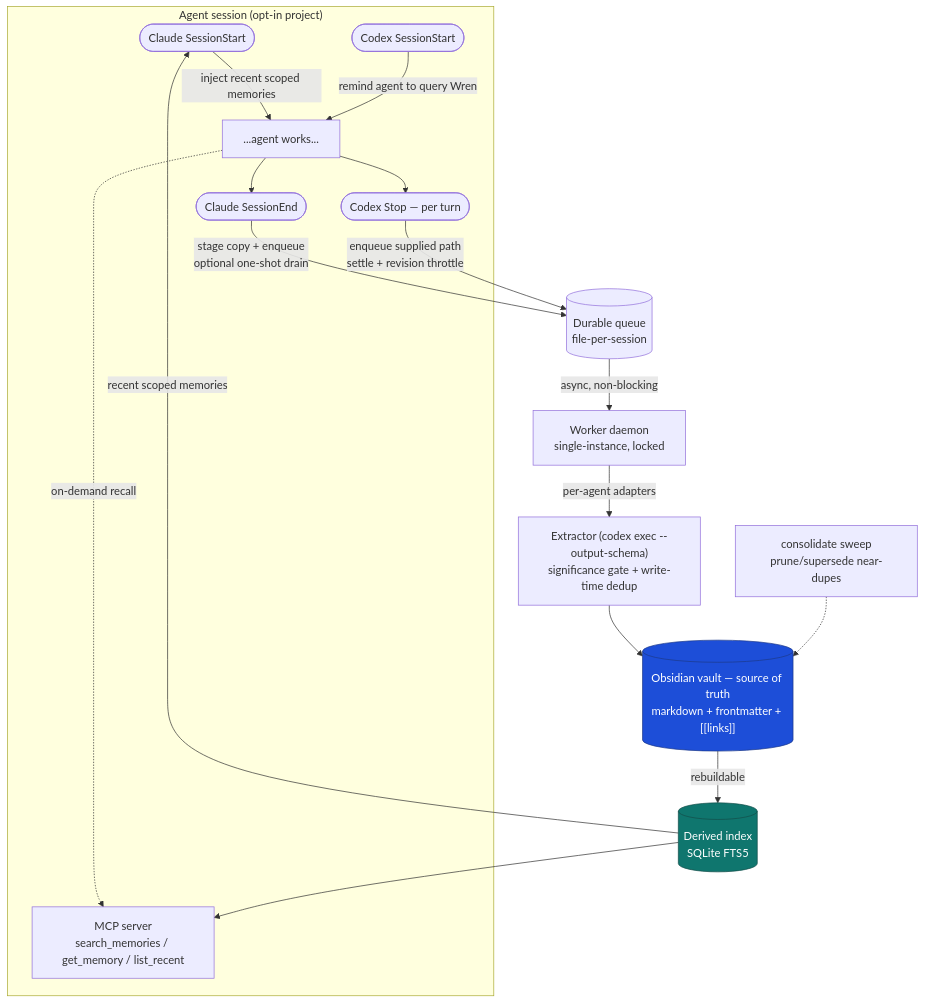
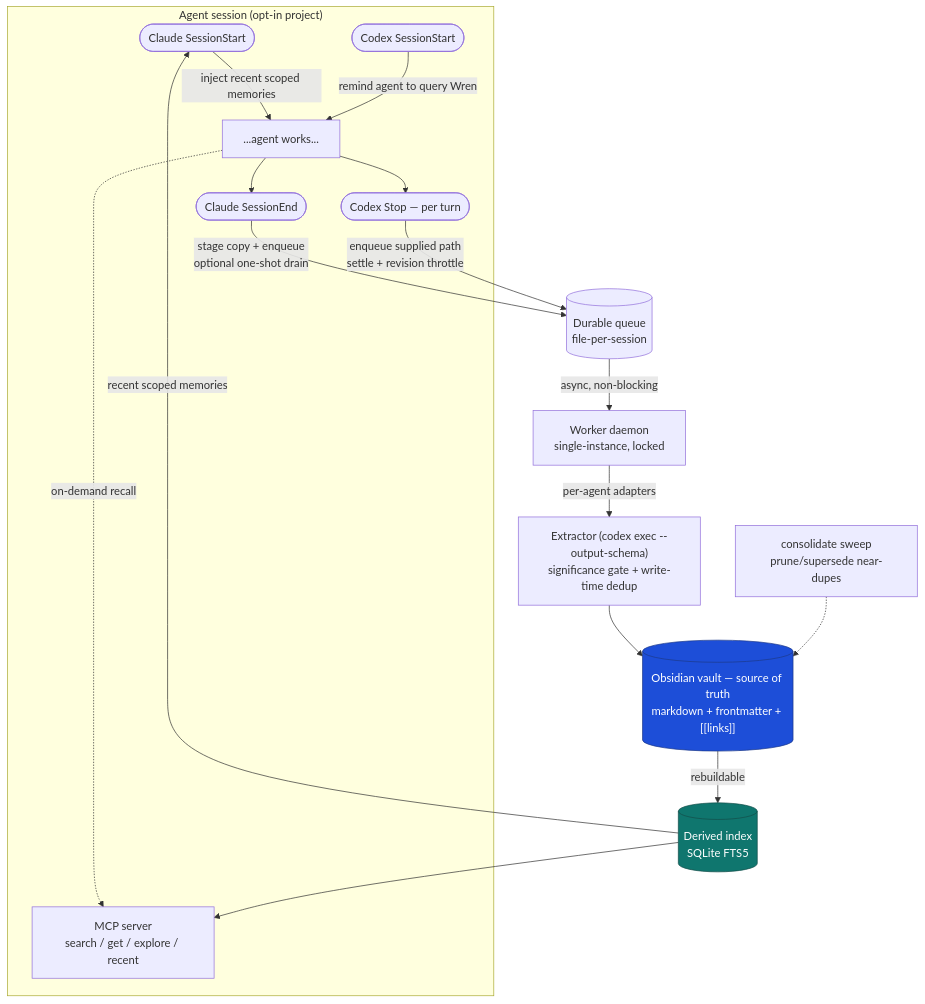
Before and after one commit to davidbits/wren: the diagram in README.md, drawn with Mermaid. The commit also changed other lines of this file and 4 other files, not shown here.

````diff
--- a/README.md
+++ b/README.md
@@ -29,28 +29,28 @@
 ```mermaid
 flowchart TD
     subgraph session["Agent session (opt-in project)"]
         claudeStart([Claude SessionStart]) -->|inject recent scoped memories| agent["...agent works..."]
         codexStart([Codex SessionStart]) -->|remind agent to query Wren| agent
         agent -.->|on-demand recall| mcp
         agent --> claudeEnd([Claude SessionEnd])
         agent --> codexStop([Codex Stop — per turn])
     end
 
     claudeEnd -->|stage copy + enqueue<br/>optional one-shot drain| queue[("Durable queue<br/>file-per-session")]
     codexStop -->|enqueue supplied path<br/>settle + revision throttle| queue
     queue -->|async, non-blocking| worker["Worker daemon<br/>single-instance, locked"]
 
     worker -->|per-agent adapters| extractor["Extractor (codex exec --output-schema)<br/>significance gate + write-time dedup"]
     extractor --> vault[("Obsidian vault — source of truth<br/>markdown + frontmatter + [[links]]")]
 
     vault -->|rebuildable| index[("Derived index<br/>SQLite FTS5")]
-    index --> mcp["MCP server<br/>search_memories / get_memory / list_recent"]
+    index --> mcp["MCP server<br/>search / get / explore / recent"]
     index -->|recent scoped memories| claudeStart
 
     consolidate["consolidate sweep<br/>prune/supersede near-dupes"] -.-> vault
 
     classDef truth fill:#1d4ed8,stroke:#1e3a8a,color:#fff;
     classDef derived fill:#0f766e,stroke:#134e4a,color:#fff;
     class vault truth;
     class index derived;
 ```
````
